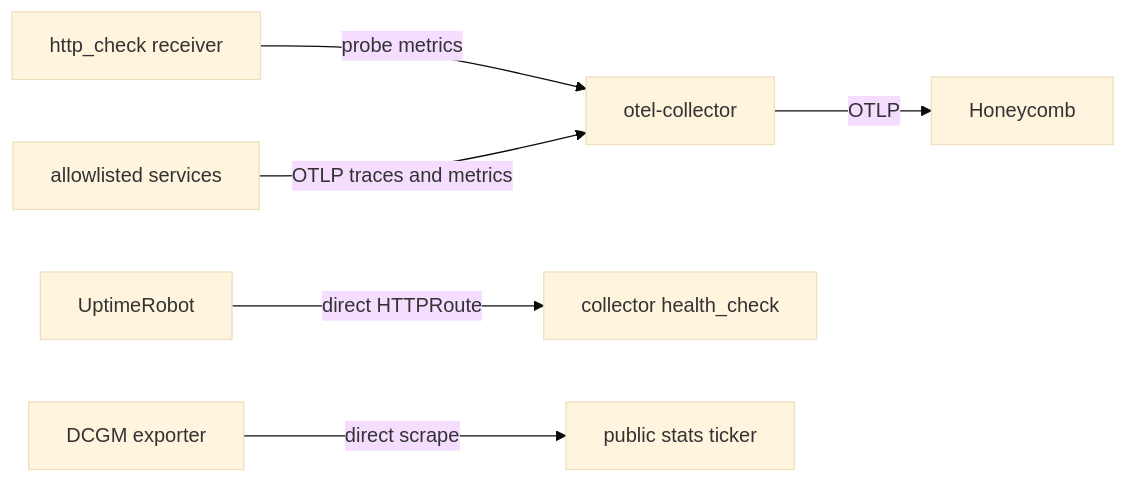
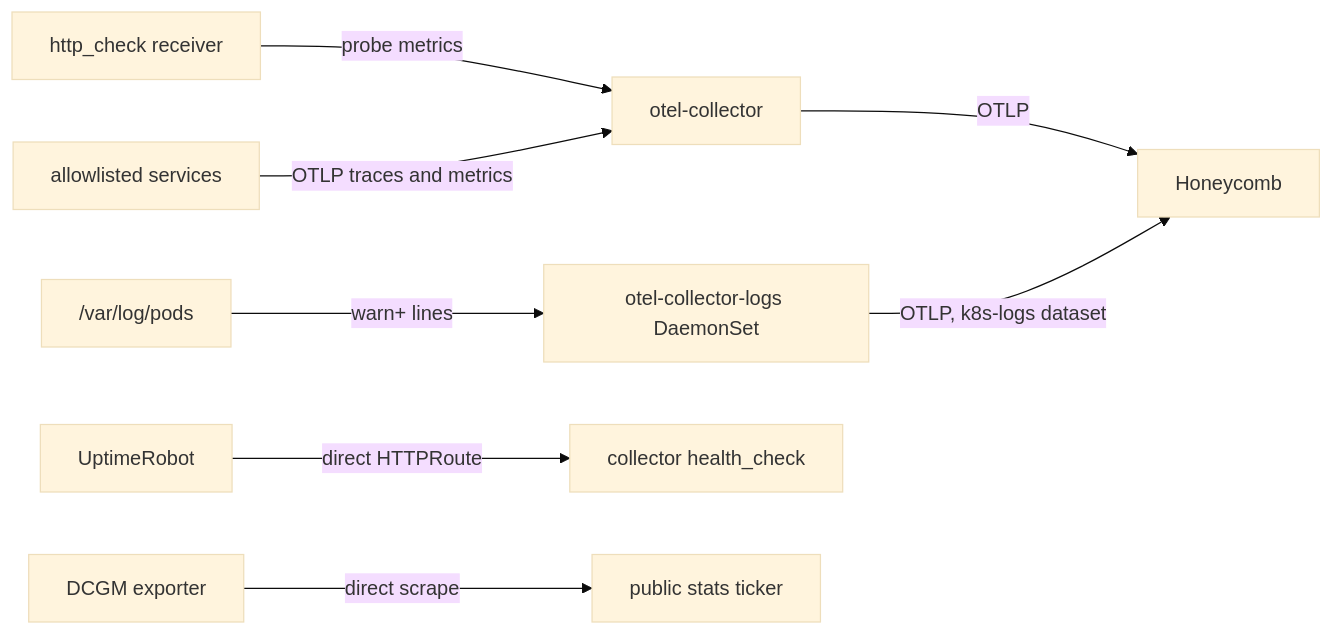
One commit to jomcgi-org/homelab changed the diagram in docs/observability.md. Above: the diagram before and after it, drawn with Mermaid (base theme). The commit also changed other lines of this file and 7 other files, not shown here.

First line of the commit message:
feat(otel-collector): ship warn+ pod logs to Honeycomb from a node agent

````diff
--- a/docs/observability.md
+++ b/docs/observability.md
@@ -9,8 +10,10 @@
 ```mermaid
 graph LR
     HC[http_check receiver] -->|probe metrics| OC[otel-collector]
     SVC[allowlisted services] -->|OTLP traces and metrics| OC
     OC -->|OTLP| H[Honeycomb]
+    PODS["/var/log/pods"] -->|warn+ lines| LA[otel-collector-logs DaemonSet]
+    LA -->|OTLP, k8s-logs dataset| H
     UR[UptimeRobot] -->|direct HTTPRoute| HEALTH[collector health_check]
     DCGM[DCGM exporter] -->|direct scrape| STATS[public stats ticker]
 ```
````
